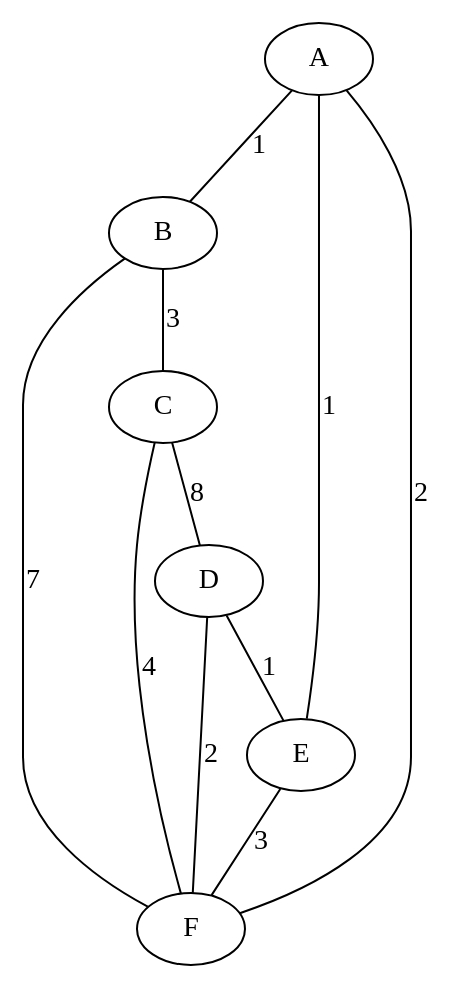
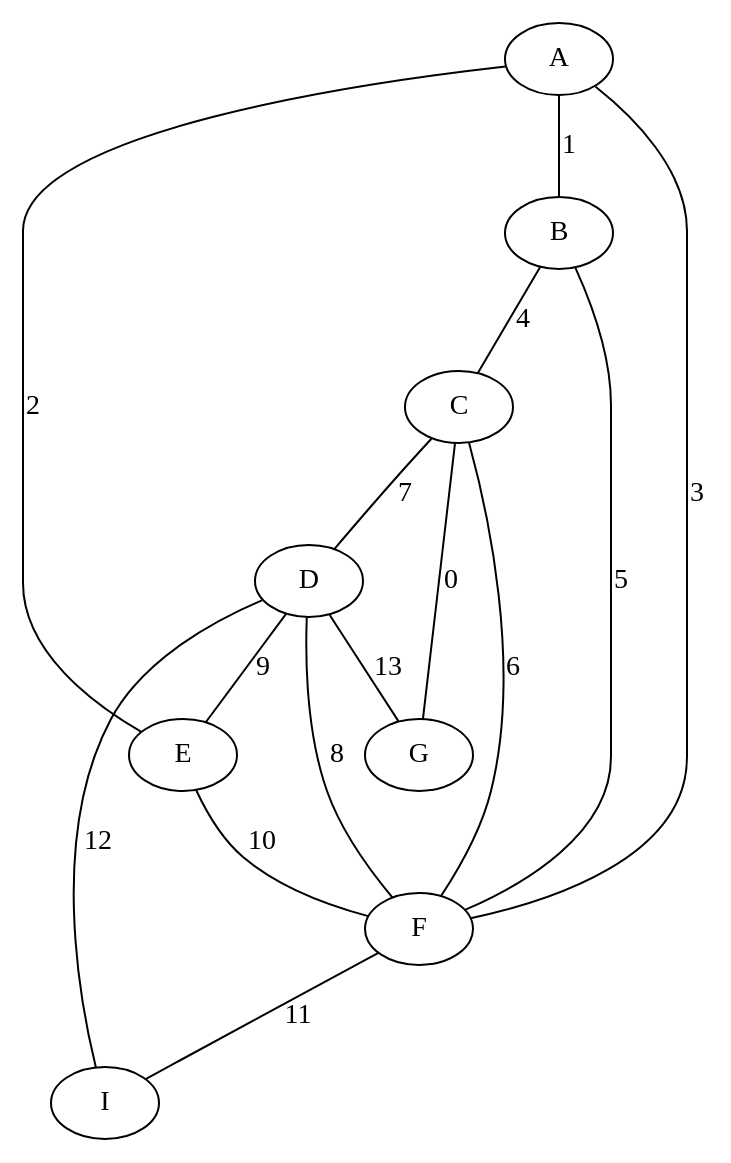
One commit to LucasGualtieri/CC-PUC changed the diagram in Grafos/MST/normal.dot. Above: the diagram before and after it, drawn with Graphviz. The commit also changed 21 other files, not shown here.

```diff
--- a/Grafos/MST/normal.dot
+++ b/Grafos/MST/normal.dot
@@ -1,12 +1,16 @@
 graph G {
-    D -- F [label="2"];
-    D -- E [label="1"];
-    C -- F [label="4"];
-    C -- D [label="8"];
-    E -- F [label="3"];
-    B -- C [label="3"];
-    B -- F [label="7"];
+    D -- F [label="8"];
+    D -- E [label="9"];
+    D -- G [label="13"];
+    D -- I [label="12"];
+    C -- F [label="6"];
+    C -- D [label="7"];
+    C -- G [label="0"];
+    F -- I [label="11"];
+    E -- F [label="10"];
+    B -- C [label="4"];
+    B -- F [label="5"];
     A -- B [label="1"];
-    A -- E [label="1"];
-    A -- F [label="2"];
+    A -- E [label="2"];
+    A -- F [label="3"];
 }
```
